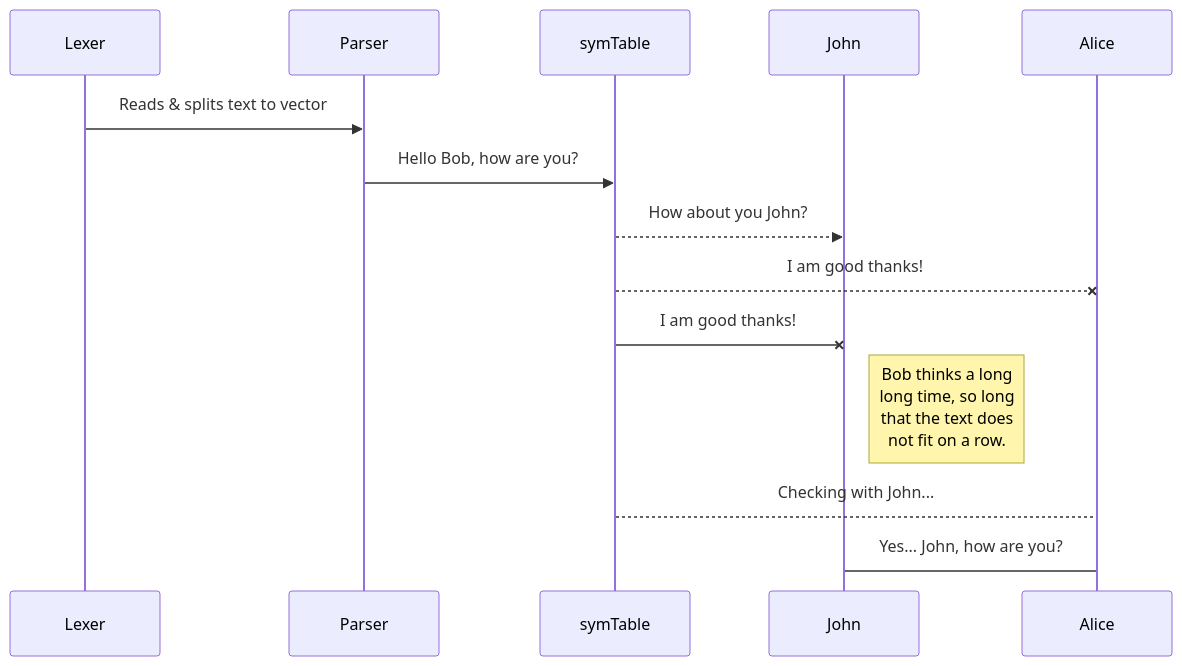
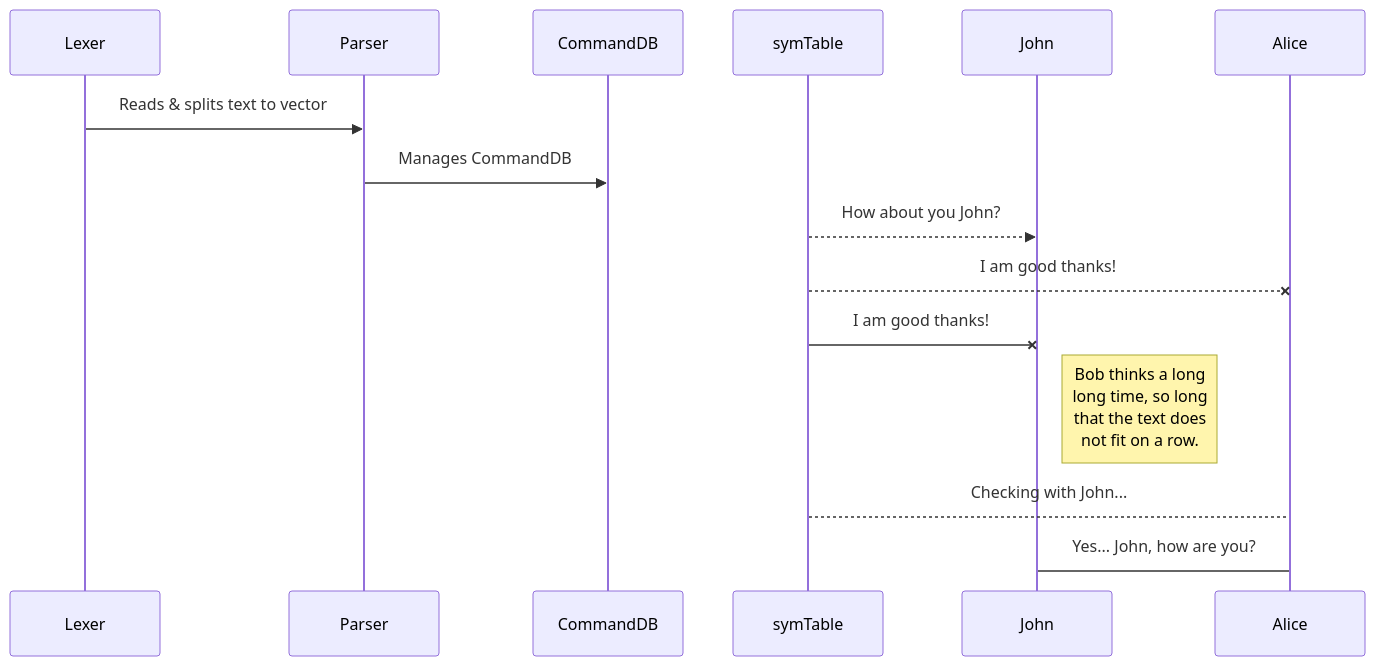
One commit to OfirNetzer/Flight-Simulator-Autopilot changed the first of 2 diagrams in README.md. Above: the diagram before and after it, drawn with Mermaid. The commit also changed other lines of this file, not shown here.

Commit message:
README.md updated from https://stackedit.io/

````diff
--- a/README.md
+++ b/README.md
@@ -60,12 +60,13 @@
 ```mermaid
 sequenceDiagram
 Lexer ->> Parser: Reads & splits text to vector 
-Parser ->> symTable: Hello Bob, how are you?
+Parser ->> CommandDB: Manages CommandDB
+
 symTable-->>John: How about you John?
 symTable--x Alice: I am good thanks!
 symTable-x John: I am good thanks!
 Note right of John: Bob thinks a long<br/>long time, so long<br/>that the text does<br/>not fit on a row.
 
 symTable-->Alice: Checking with John...
 Alice->John: Yes... John, how are you?
 ```
````
